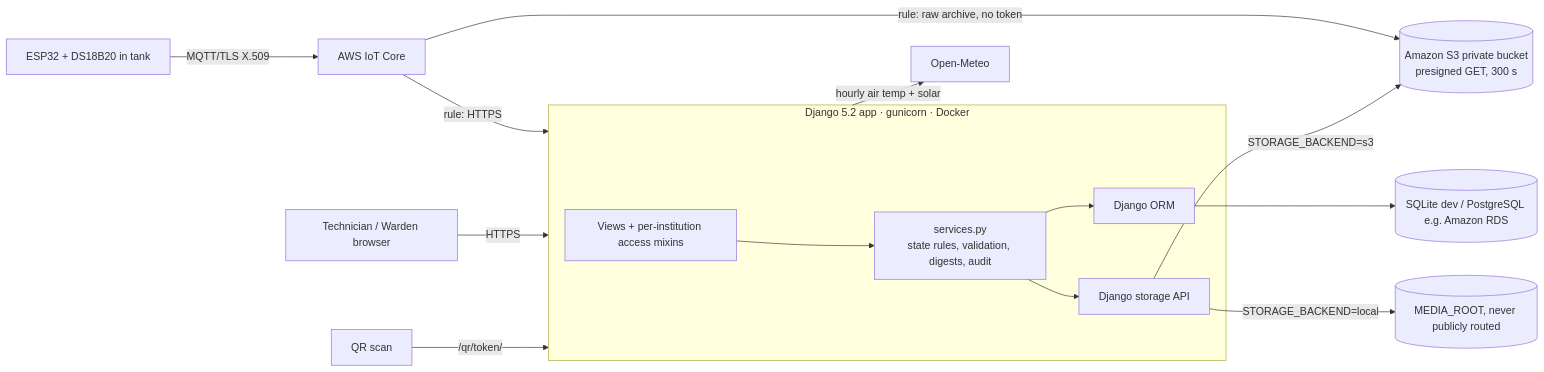
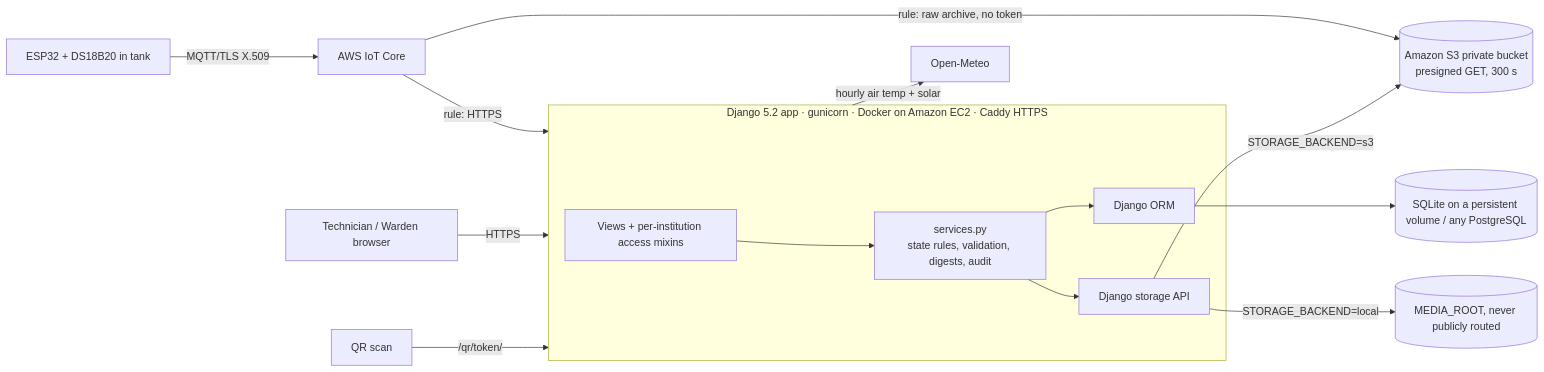
Before and after one commit to Aaditya1273/dhara: the third of 4 diagrams in README.md, drawn with Mermaid. The commit also changed other lines of this file, not shown here.

````diff
--- a/README.md
+++ b/README.md
@@ -203,17 +203,17 @@
 ```mermaid
 flowchart LR
     Probe[ESP32 + DS18B20 in tank] -->|MQTT/TLS X.509| IoT[AWS IoT Core]
     IoT -->|rule: raw archive, no token| S3
     IoT -->|rule: HTTPS| App
     App -->|hourly air temp + solar| OM[Open-Meteo]
     Phone[Technician / Warden browser] -->|HTTPS| App
     Visitor[QR scan] -->|/qr/token/| App
-    subgraph App[Django 5.2 app · gunicorn · Docker]
+    subgraph App[Django 5.2 app · gunicorn · Docker on Amazon EC2 · Caddy HTTPS]
       Views[Views + per-institution access mixins] --> Services[services.py<br/>state rules, validation, digests, audit]
       Services --> ORM[Django ORM]
       Services --> Storage[Django storage API]
     end
-    ORM --> DB[(SQLite dev / PostgreSQL e.g. Amazon RDS)]
+    ORM --> DB[(SQLite on a persistent volume / any PostgreSQL)]
     Storage -->|STORAGE_BACKEND=local| Disk[(MEDIA_ROOT, never publicly routed)]
     Storage -->|STORAGE_BACKEND=s3| S3[(Amazon S3 private bucket<br/>presigned GET, 300 s)]
 ```
````
